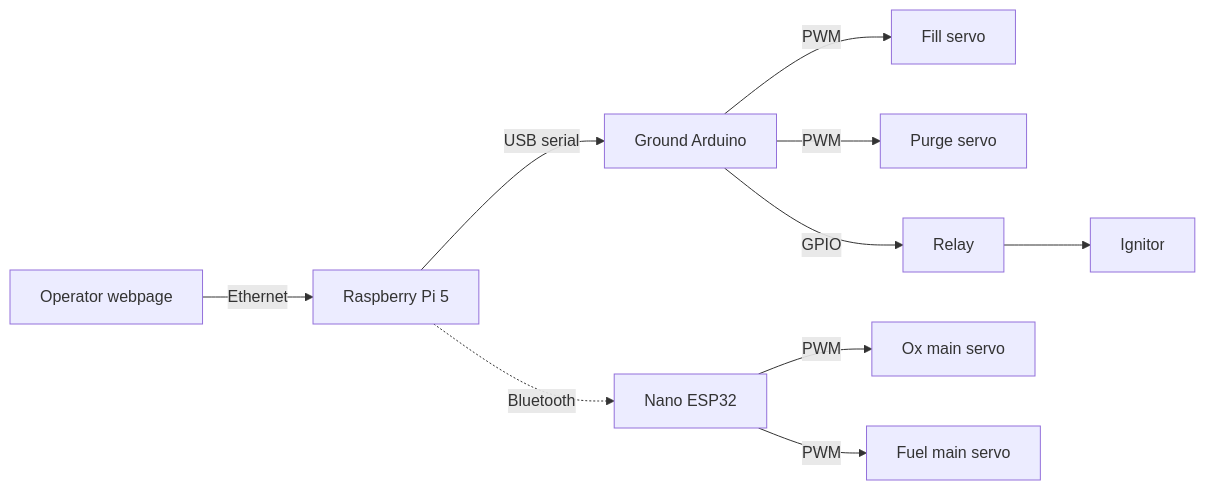
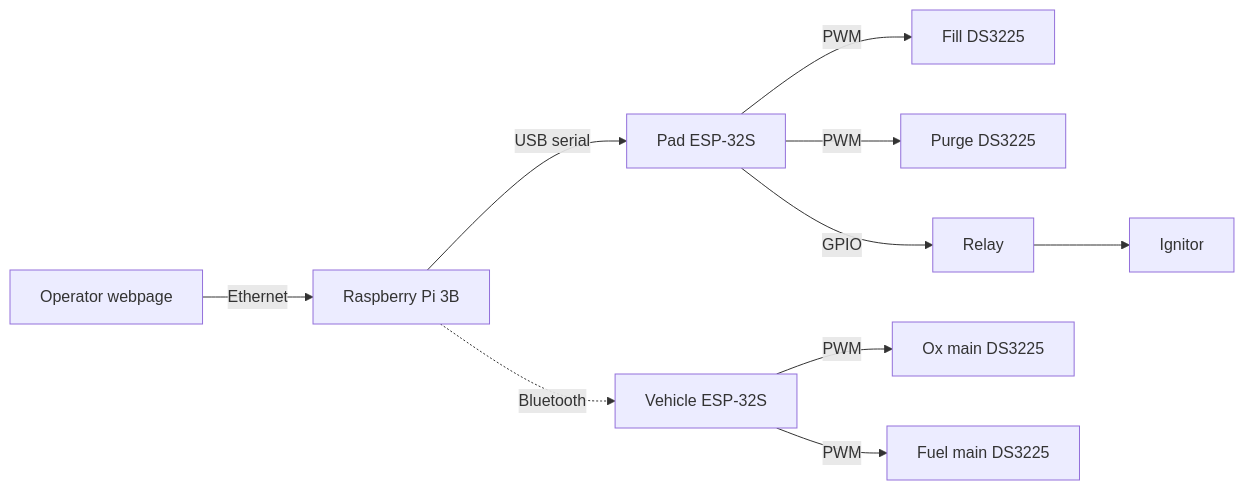
The first of 2 diagrams in Documentation Vault/02-Design/02-Ground Support Equipment/01-GSE Overview.md (Lv-L/PistonLiquidRocket), drawn with Mermaid before and after one commit. The commit also changed other lines of this file, not shown here.

Commit message:
Update the GSE electronics candidate to a Pi 3B, dual ESP-32S boards, and the current parts cart.

````diff
--- a/Documentation Vault/02-Design/02-Ground Support Equipment/01-GSE Overview.md
+++ b/Documentation Vault/02-Design/02-Ground Support Equipment/01-GSE Overview.md
@@ -10,12 +11,12 @@
 ```mermaid
 flowchart LR
-    OP[Operator webpage] -->|Ethernet| PI[Raspberry Pi 5]
-    PI -->|USB serial| ARD[Ground Arduino]
-    PI -.->|Bluetooth| ESP[Nano ESP32]
-    ARD -->|PWM| FILL[Fill servo]
-    ARD -->|PWM| PURGE[Purge servo]
-    ARD -->|GPIO| RLY[Relay]
+    OP[Operator webpage] -->|Ethernet| PI[Raspberry Pi 3B]
+    PI -->|USB serial| PADMCU[Pad ESP-32S]
+    PI -.->|Bluetooth| VEHMCU[Vehicle ESP-32S]
+    PADMCU -->|PWM| FILL[Fill DS3225]
+    PADMCU -->|PWM| PURGE[Purge DS3225]
+    PADMCU -->|GPIO| RLY[Relay]
     RLY --> IGN[Ignitor]
-    ESP -->|PWM| OX[Ox main servo]
-    ESP -->|PWM| FUEL[Fuel main servo]
+    VEHMCU -->|PWM| OX[Ox main DS3225]
+    VEHMCU -->|PWM| FUEL[Fuel main DS3225]
 ```
````
